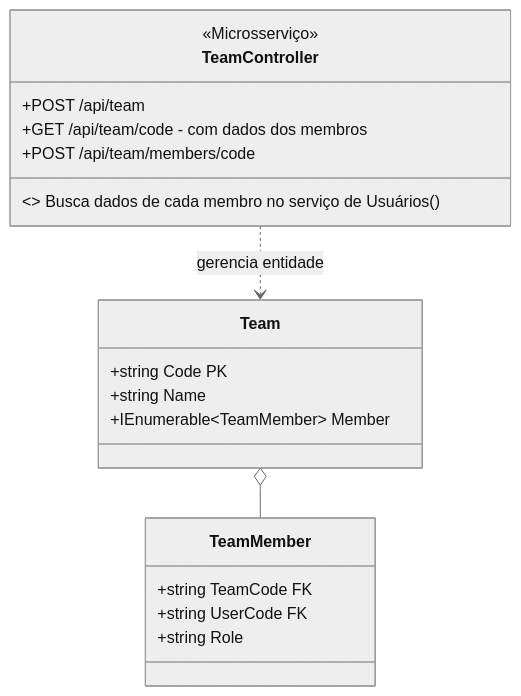
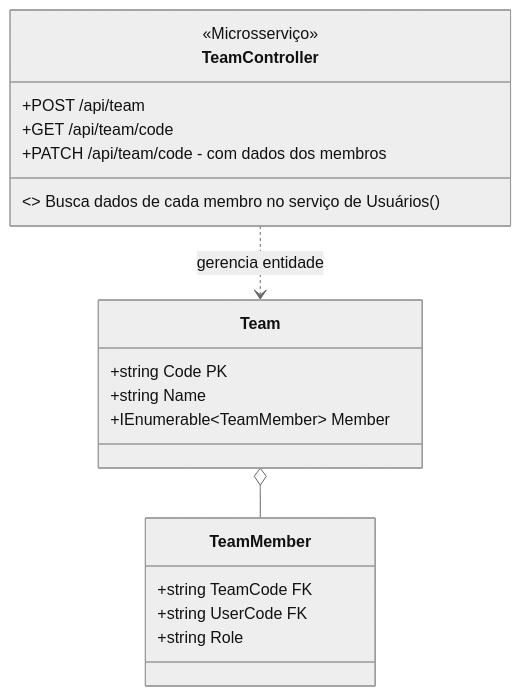
The third of 7 diagrams in README.md (thales-vaz-sousa/Branchstorm), drawn with Mermaid (neutral theme) before and after one commit. The commit also changed 4 other files, not shown here.

````diff
--- a/README.md
+++ b/README.md
@@ -103,26 +103,26 @@
 ```mermaid
 classDiagram
     class TeamController {
         <<Microsserviço>>
         +POST /api/team
-        +GET /api/team/code - com dados dos membros
-        +POST /api/team/members/code
+        +GET /api/team/code 
+        +PATCH /api/team/code - com dados dos membros
 
         <> Busca dados de cada membro no serviço de Usuários ()
     }
 
     class Team {
         +string Code PK
         +string Name
         +IEnumerable~TeamMember~ Member
     }
 
     class TeamMember {
         +string TeamCode FK
         +string UserCode FK
         +string Role
     }
 
     TeamController ..> Team : gerencia entidade
     Team o-- TeamMember : 
 ```
````
